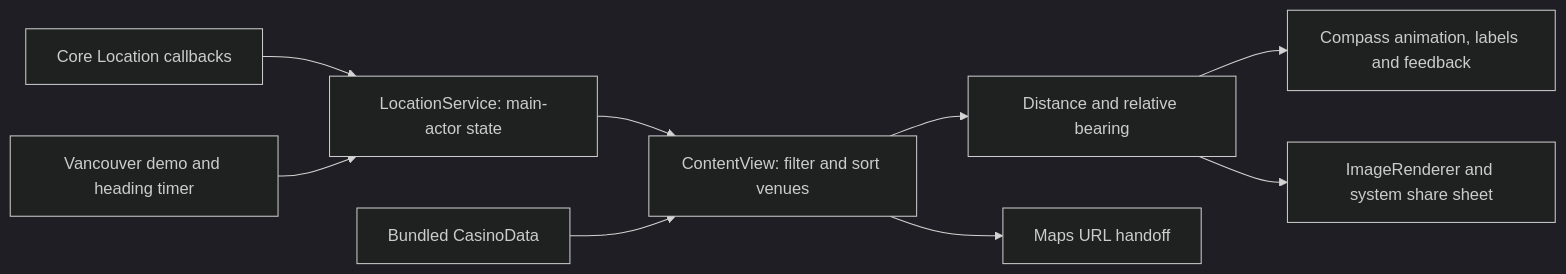
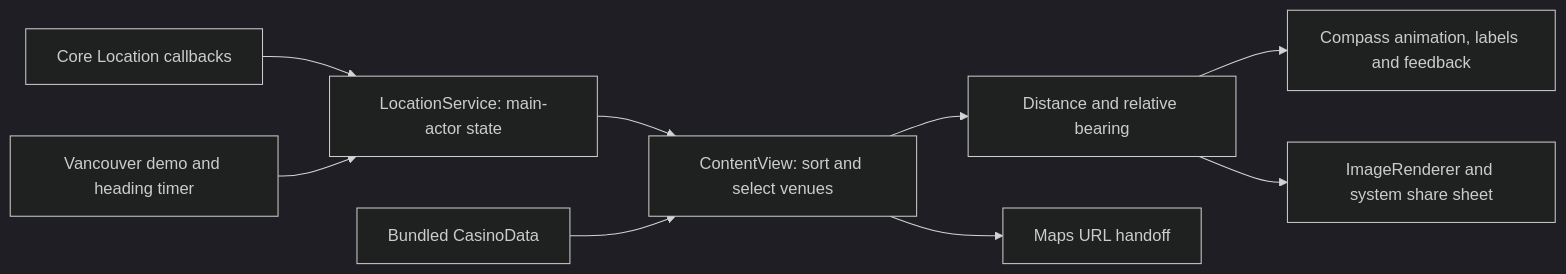
The diagram in README.md (mkodithuwakku/CasinoCompass), drawn with Mermaid (dark theme) before and after one commit. The commit also changed other lines of this file and 27 other files, not shown here.

````diff
--- a/README.md
+++ b/README.md
@@ -58,11 +51,11 @@
 ```mermaid
 flowchart LR
     Sensors[Core Location callbacks] --> Service[LocationService: main-actor state]
     Demo[Vancouver demo and heading timer] --> Service
-    Service --> Selection[ContentView: filter and sort venues]
+    Service --> Selection[ContentView: sort and select venues]
     Data[Bundled CasinoData] --> Selection
     Selection --> Math[Distance and relative bearing]
     Math --> UI[Compass animation, labels and feedback]
     Selection --> Maps[Maps URL handoff]
     Math --> Share[ImageRenderer and system share sheet]
 ```
````
